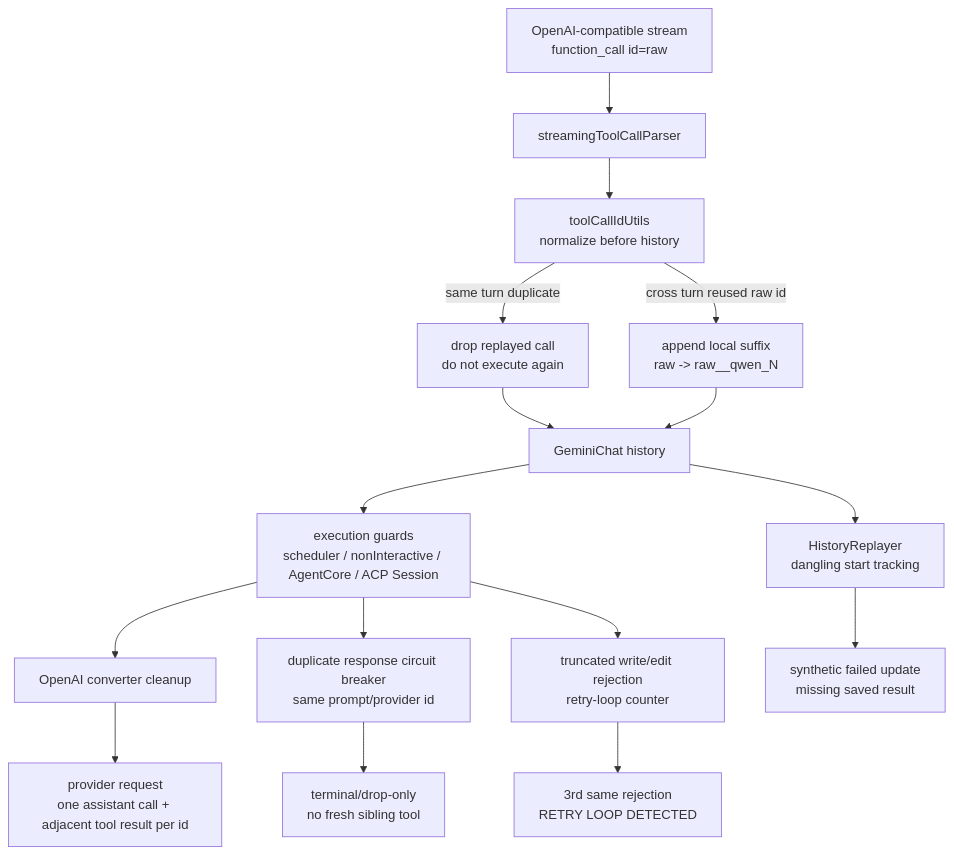
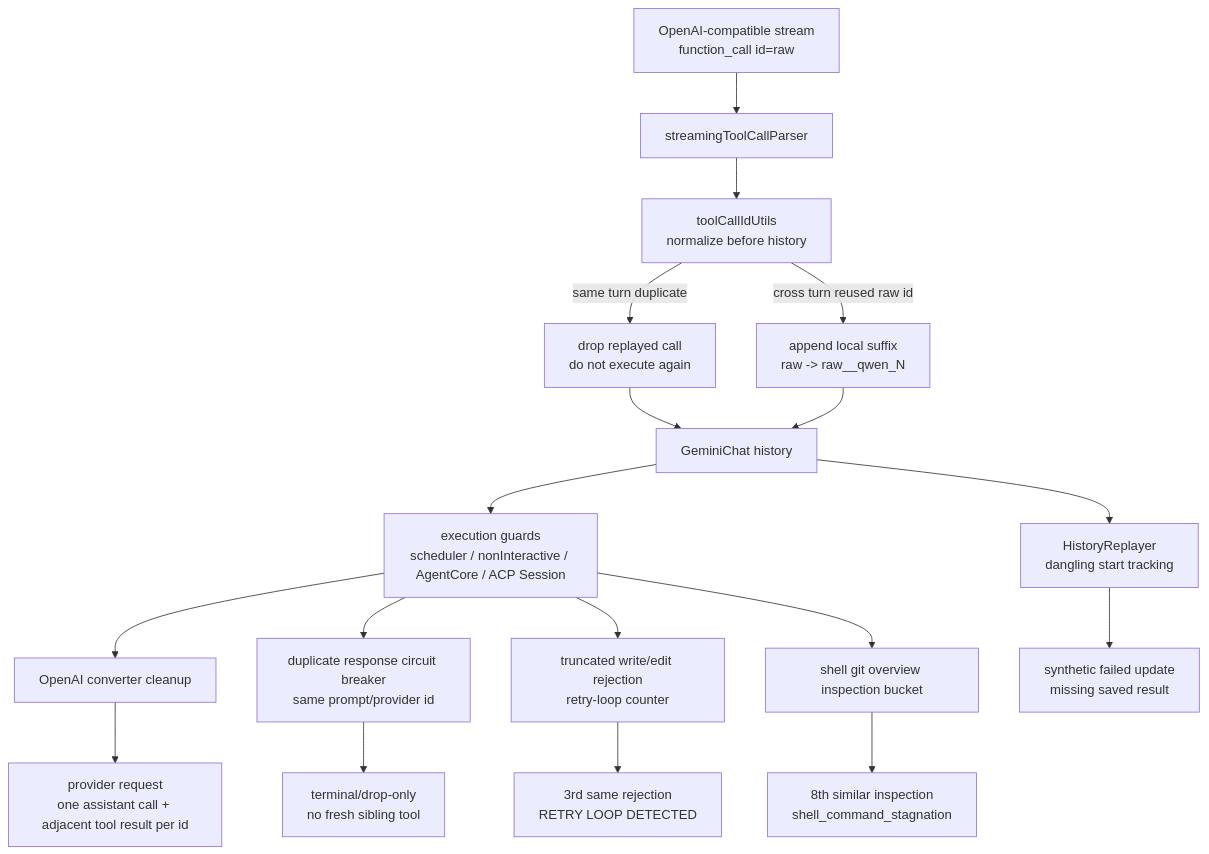
The diagram in qwen-code/feature/tool-call-id-integrity.md (doudouOUC/code_agent), drawn with Mermaid before and after one commit. The commit also changed other lines of this file and 14 other files, not shown here.

````diff
--- a/qwen-code/feature/tool-call-id-integrity.md
+++ b/qwen-code/feature/tool-call-id-integrity.md
@@ -27,18 +29,20 @@
 ```mermaid
 flowchart TD
     MODEL["OpenAI-compatible stream<br/>function_call id=raw"] --> PARSER["streamingToolCallParser"]
     PARSER --> NORM["toolCallIdUtils<br/>normalize before history"]
     NORM -->|"same turn duplicate"| DROP["drop replayed call<br/>do not execute again"]
     NORM -->|"cross turn reused raw id"| SUFFIX["append local suffix<br/>raw -> raw__qwen_N"]
     SUFFIX --> HIST["GeminiChat history"]
     DROP --> HIST
     HIST --> GUARD["execution guards<br/>scheduler / nonInteractive / AgentCore / ACP Session"]
     GUARD --> CONV["OpenAI converter cleanup"]
     CONV --> REQ["provider request<br/>one assistant call + adjacent tool result per id"]
     HIST --> REPLAY["HistoryReplayer<br/>dangling start tracking"]
     REPLAY --> FAIL["synthetic failed update<br/>missing saved result"]
     GUARD --> CB["duplicate response circuit breaker<br/>same prompt/provider id"]
     CB --> TERM["terminal/drop-only<br/>no fresh sibling tool"]
     GUARD --> TRUNC["truncated write/edit rejection<br/>retry-loop counter"]
     TRUNC --> STOP["3rd same rejection<br/>RETRY LOOP DETECTED"]
+    GUARD --> SHELL["shell git overview inspection bucket"]
+    SHELL --> SHELLSTOP["8th similar inspection<br/>shell_command_stagnation"]
 ```
````
